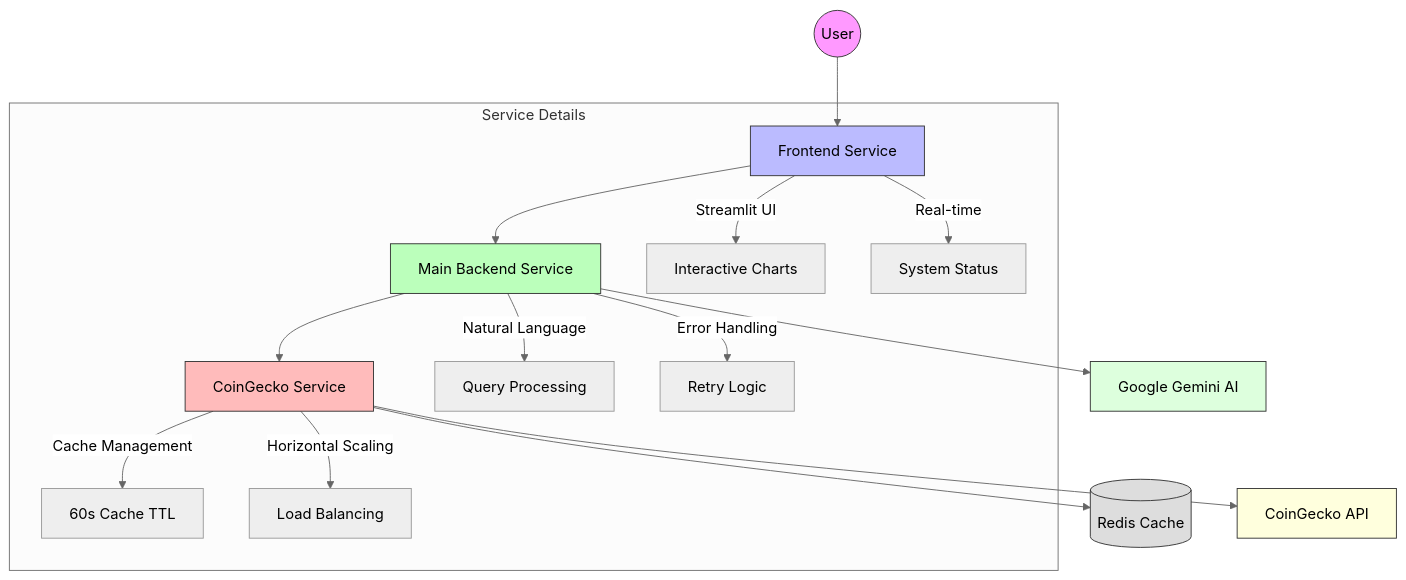
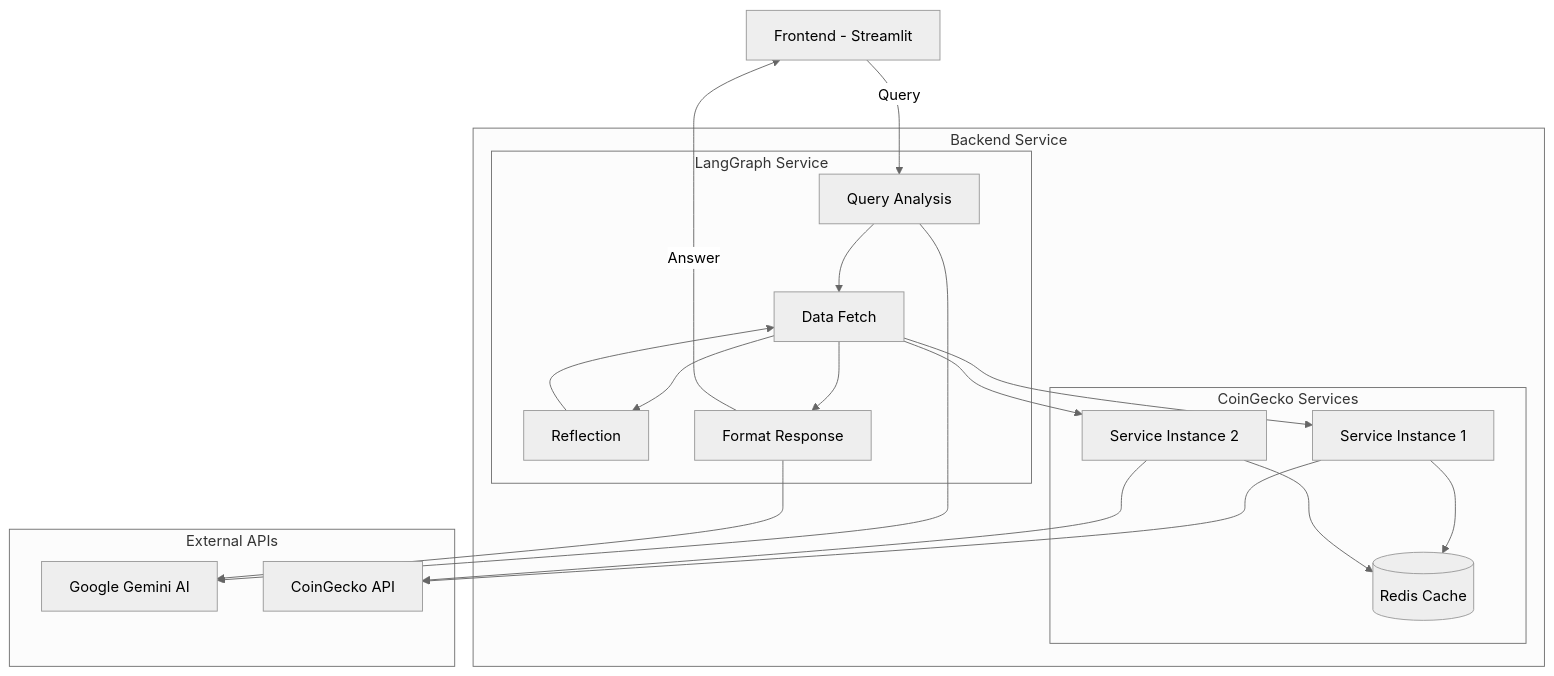
The diagram in README.md (Phat0101/ai-agent), drawn with Mermaid (neutral theme) before and after one commit. The commit also changed other lines of this file and 2 other files, not shown here.

Commit message:
update chart

````diff
--- a/README.md
+++ b/README.md
@@ -12,26 +12,42 @@
 ```mermaid
 graph TD
-    User((User)) --> Frontend[Frontend Service]
-    Frontend --> Backend[Main Backend Service]
-    Backend --> CoinGecko[CoinGecko Service]
-    Backend --> GeminiAI[Google Gemini AI]
-    CoinGecko --> Redis[(Redis Cache)]
-    CoinGecko --> CoinGeckoAPI[CoinGecko API]
-    
-    subgraph Service Details
-        Frontend --> |Streamlit UI|Charts[Interactive Charts]
-        Frontend --> |Real-time|Status[System Status]
-        Backend --> |Natural Language|Processing[Query Processing]
-        Backend --> |Error Handling|Retry[Retry Logic]
-        CoinGecko --> |Cache Management|TTL[60s Cache TTL]
-        CoinGecko --> |Horizontal Scaling|Load[Load Balancing]
+
+    Frontend[Frontend - Streamlit] --> |Query|QueryAnalysis
+
+    subgraph Backend [Backend Service]
+        subgraph LangGraph [LangGraph Service]
+            QueryAnalysis[Query Analysis]
+            FetchData[Data Fetch]
+            Reflection[Reflection]
+            FormatResponse[Format Response]
+            
+            QueryAnalysis --> FetchData
+            FetchData --> Reflection
+            Reflection --> FetchData
+            FetchData --> FormatResponse
+        end
+        
+        subgraph CoinGecko [CoinGecko Services]
+            Service1[Service Instance 1]
+            Service2[Service Instance 2]
+            Redis[(Redis Cache)]
+            
+            Service1 & Service2 --> Redis
+        end
+        
+        %% Internal connections
+        FetchData --> Service1
+        FetchData --> Service2
     end
     
-    style User fill:#f9f,stroke:#333
-    style Frontend fill:#bbf,stroke:#333
-    style Backend fill:#bfb,stroke:#333
-    style CoinGecko fill:#fbb,stroke:#333
-    style Redis fill:#ddd,stroke:#333
-    style GeminiAI fill:#dfd,stroke:#333
-    style CoinGeckoAPI fill:#ffd,stroke:#333
+    subgraph External [External APIs]
+        GeminiAI[Google Gemini AI]
+        CoinGeckoAPI[CoinGecko API]
+    end
+    
+    %% External connections
+    QueryAnalysis & FormatResponse --> GeminiAI
+    Service1 & Service2 --> CoinGeckoAPI
+    FormatResponse --> |Answer|Frontend
+     
 ```
````
